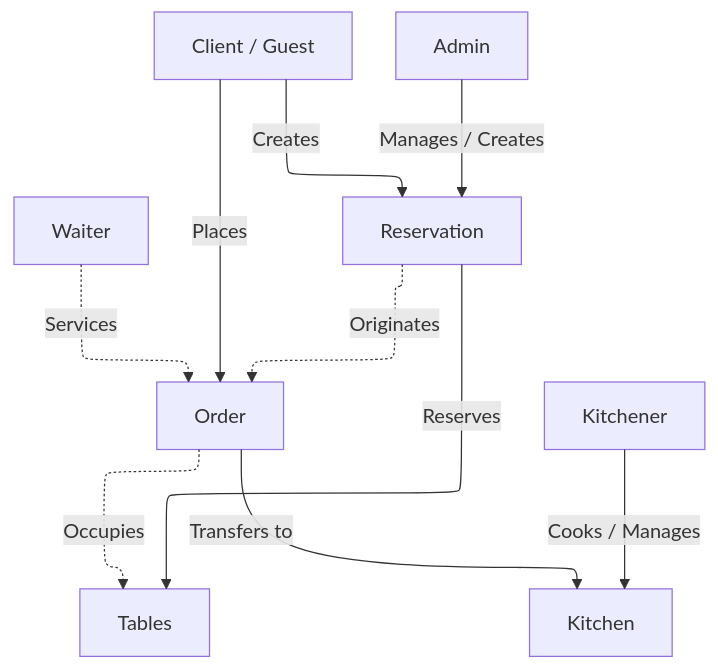
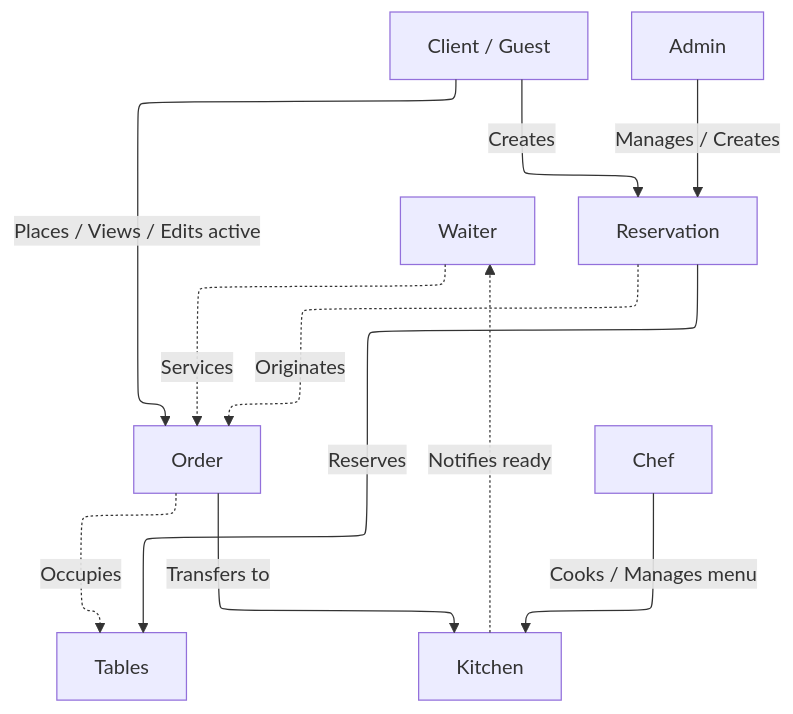
One commit to cyjiky/TableFlow changed the diagram in spec.md. Above: the diagram before and after it, drawn with Mermaid. The commit also changed other lines of this file and 3 other files, not shown here.

````diff
--- a/spec.md
+++ b/spec.md
@@ -67,28 +85,29 @@
 ```mermaid
 ---
 config:
     layout: elk
 ---
 graph TD
     C[Client / Guest]
     A[Admin]
     W[Waiter]
     R[Reservation]
     O[Order]
     T[Tables]
     K[Kitchen]
-    K_[Kitchener]
+    Ch[Chef]
 
     C -->|Creates| R
     A -->|Manages / Creates| R
 
-    C -->|Places| O
+    C -->|Places / Views / Edits active| O
     R -.->|Originates| O
     W -.->|Services| O
 
     R -->|Reserves| T
     O -.->|Occupies| T
     O -->|Transfers to| K
 
-    K_ -->|Cooks / Manages| K
+    Ch -->|Cooks / Manages menu| K
+    K -.->|Notifies ready| W
 ```
````
